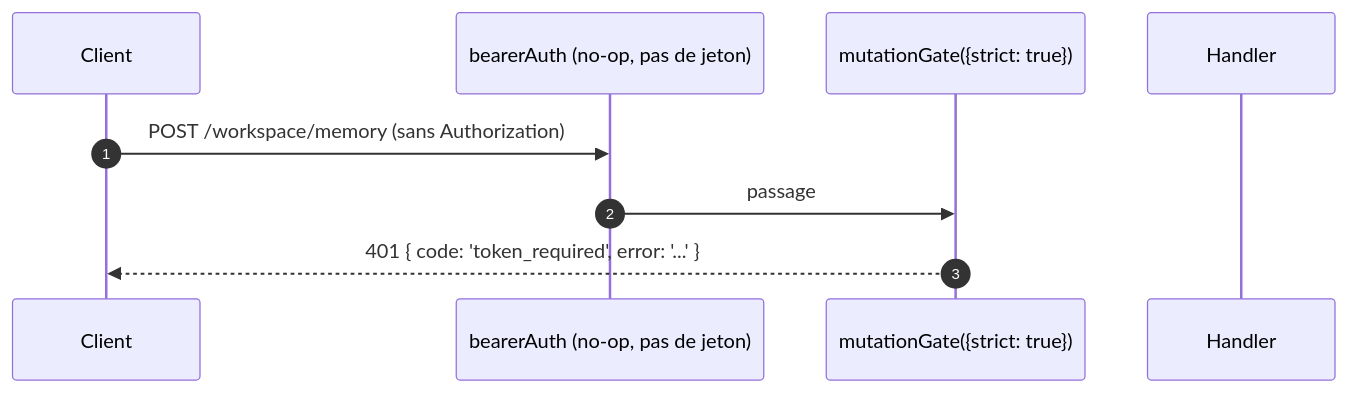
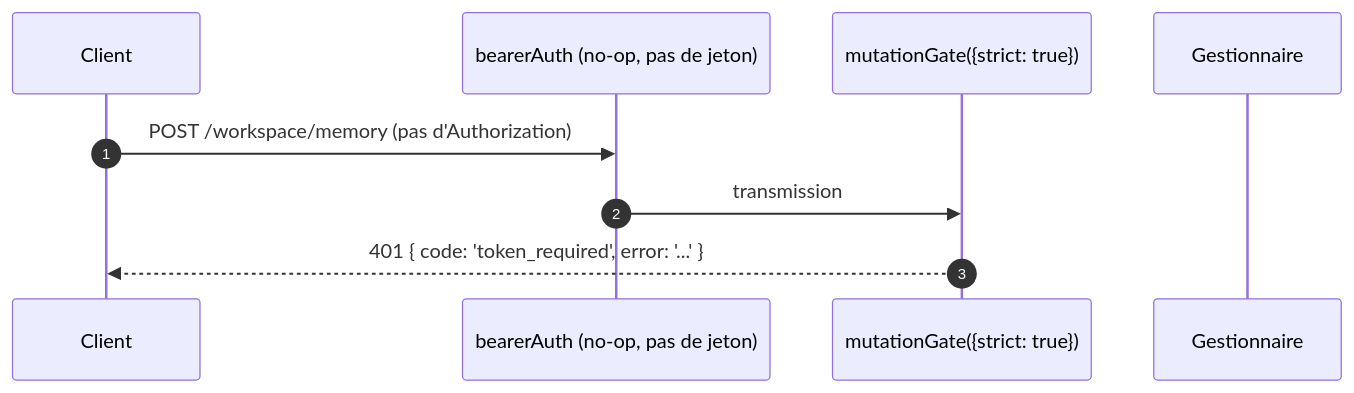
Before and after one commit to QwenLM/qwen-code-docs: the fourth of 4 diagrams in website/content/fr/developers/daemon/12-auth-security.md, drawn with Mermaid. The commit also changed other lines of this file and 1077 other files, not shown here.

````diff
--- a/website/content/fr/developers/daemon/12-auth-security.md
+++ b/website/content/fr/developers/daemon/12-auth-security.md
@@ -225,12 +243,12 @@
 ```mermaid
 sequenceDiagram
     autonumber
     participant C as Client
     participant BA as bearerAuth (no-op, pas de jeton)
     participant MG as mutationGate({strict: true})
-    participant R as Handler
+    participant R as Gestionnaire
 
-    C->>BA: POST /workspace/memory (sans Authorization)
-    BA->>MG: passage
+    C->>BA: POST /workspace/memory (pas d'Authorization)
+    BA->>MG: transmission
     MG-->>C: 401 { code: 'token_required', error: '...' }
 ```
````
